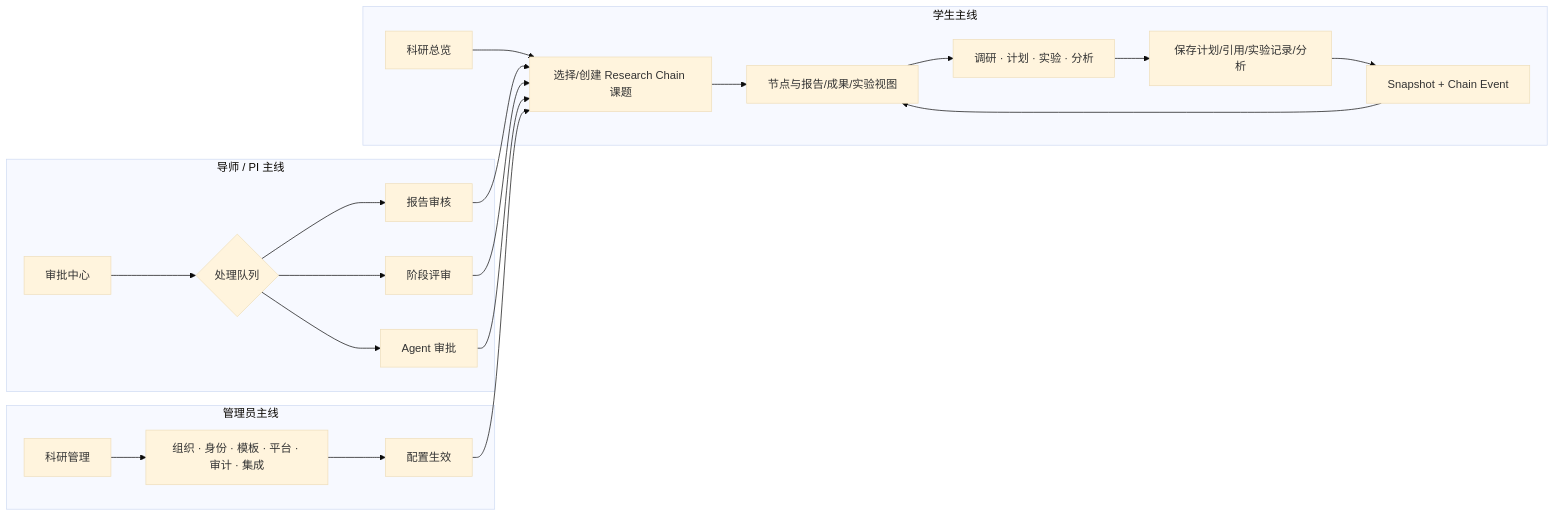
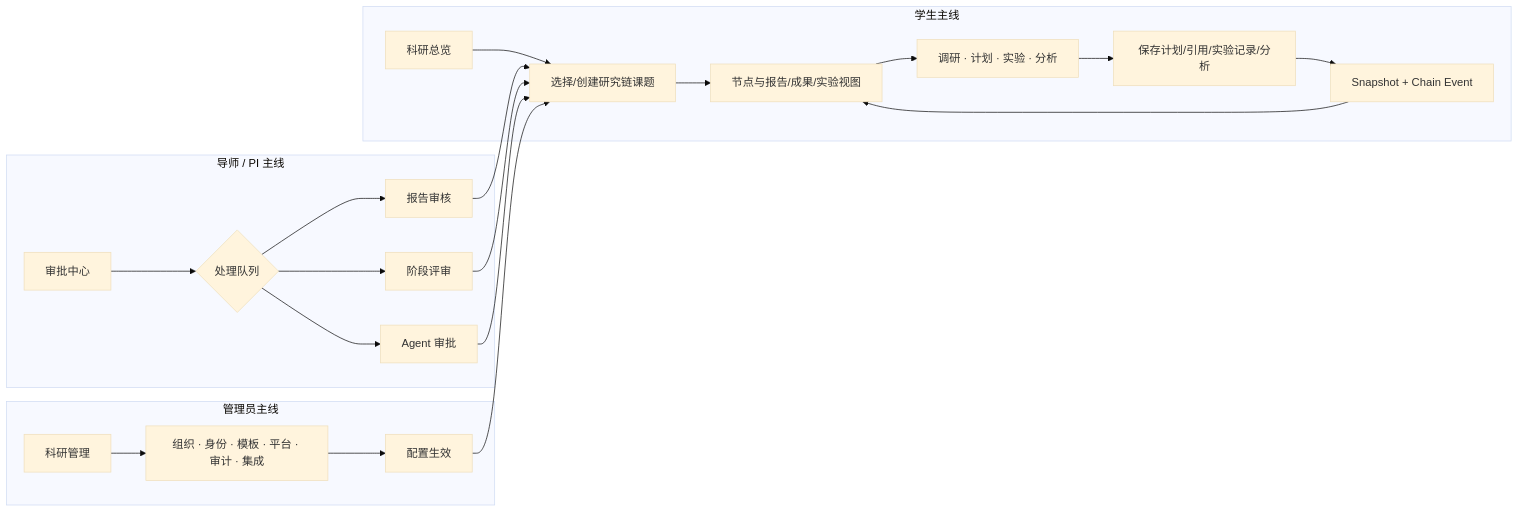
One commit to SynlysAI/plane changed the first of 2 diagrams in docs/research-intelligent-platform-ux-prototype.md. Above: the diagram before and after it, drawn with Mermaid (base theme). The commit also changed other lines of this file and 7 other files, not shown here.

````diff
--- a/docs/research-intelligent-platform-ux-prototype.md
+++ b/docs/research-intelligent-platform-ux-prototype.md
@@ -147,27 +147,27 @@
 ```mermaid
 flowchart LR
     subgraph Student[学生主线]
-        A[科研总览] --> B[选择/创建 Research Chain 课题]
+        A[科研总览] --> B[选择/创建研究链课题]
         B --> C[节点与报告/成果/实验视图]
         C --> D[调研 · 计划 · 实验 · 分析]
         D --> E[保存计划/引用/实验记录/分析]
         E --> F[Snapshot + Chain Event]
         F --> C
     end
 
     subgraph Mentor[导师 / PI 主线]
         G[审批中心] --> H{处理队列}
         H --> I[报告审核]
         H --> J[阶段评审]
         H --> K[Agent 审批]
         I --> B
         J --> B
         K --> B
     end
 
     subgraph Admin[管理员主线]
         L[科研管理] --> M[组织 · 身份 · 模板 · 平台 · 审计 · 集成]
         M --> N[配置生效]
         N --> B
     end
 ```
````
